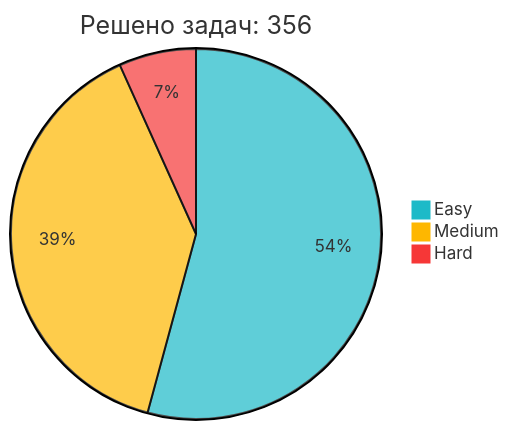
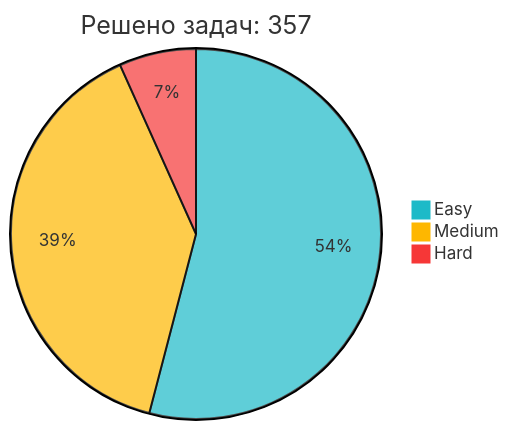
One commit to IliaKurdukov/IliaKurdukov changed the diagram in README.md. Above: the diagram before and after it, drawn with Mermaid. The commit also changed other lines of this file, not shown here.

Commit message:
📈 Обновление статистики LeetCode

````diff
--- a/README.md
+++ b/README.md
@@ -51,7 +51,7 @@
 ```mermaid
 %%{init: {'theme': 'base', 'themeVariables': { 'pie1': '#1CBAC8', 'pie2': '#FEB700', 'pie3': '#F63737' }, 'config': {'width': 300, 'height': 200}}}%%
-pie title Решено задач: 356
+pie title Решено задач: 357
    "Easy" : 193
-   "Medium" : 139
+   "Medium" : 140
    "Hard" : 24
 ```
````
